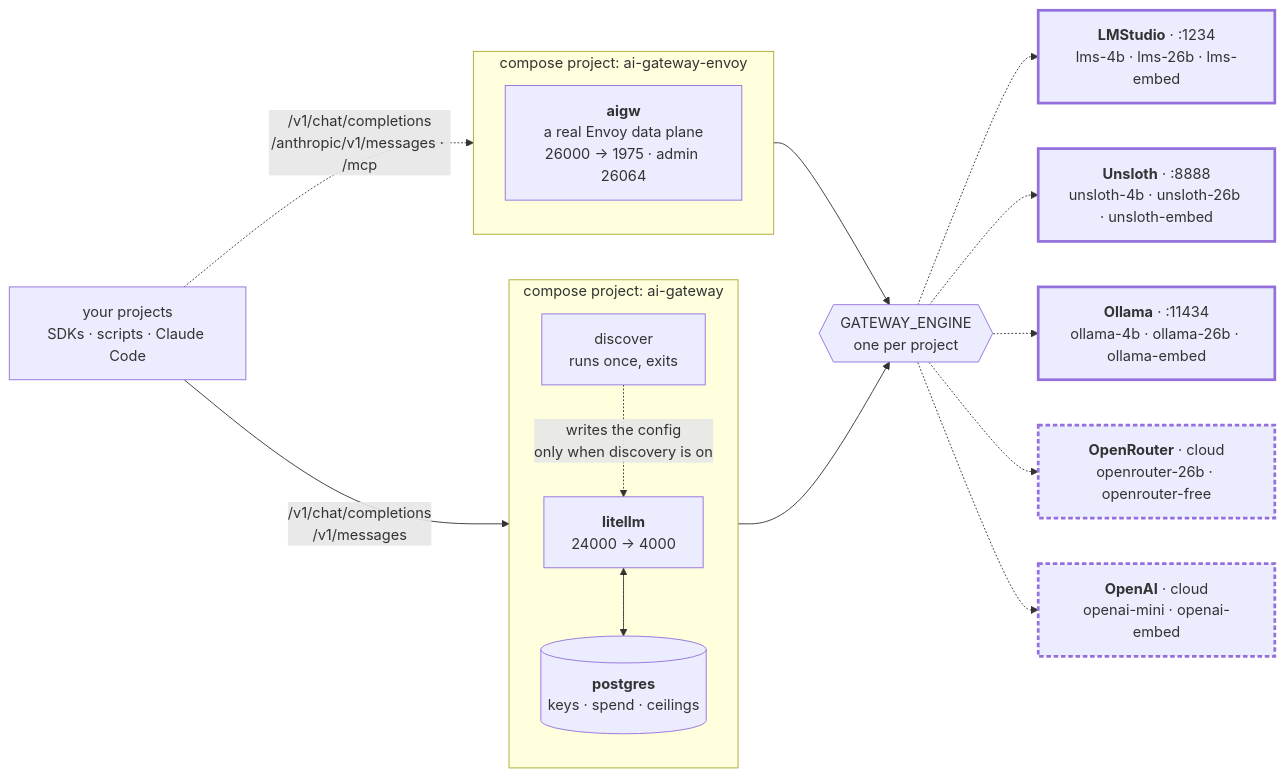
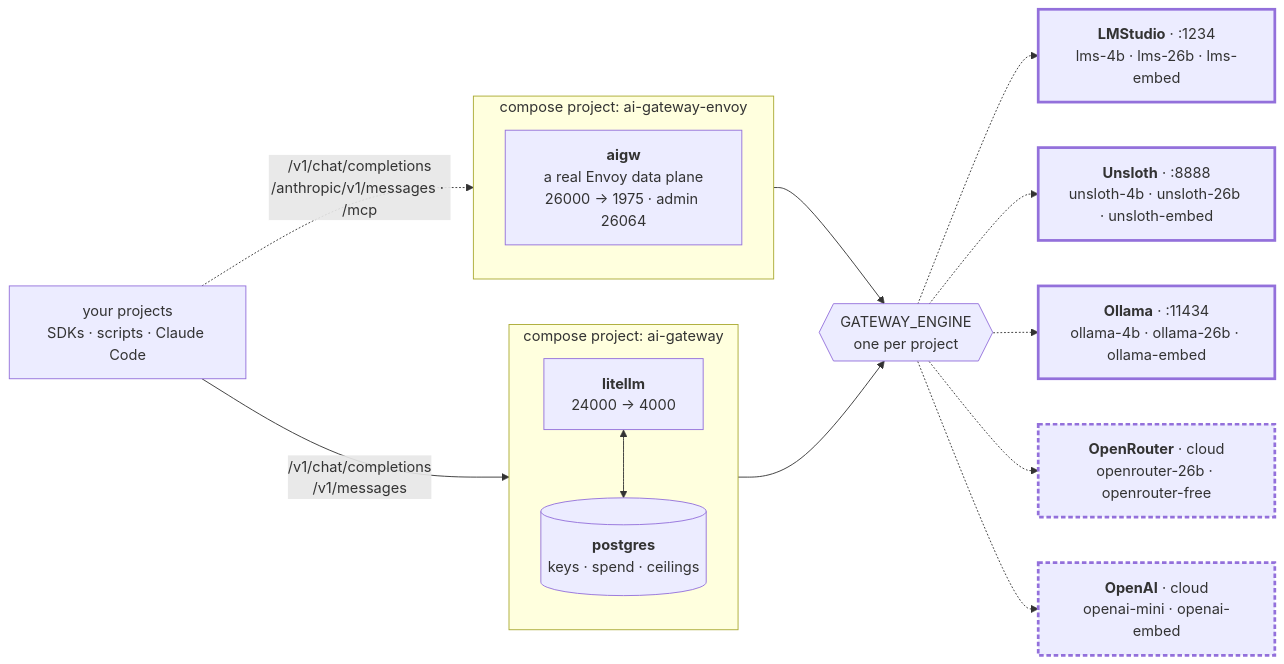
One commit to lukaskellerstein/ai-gateway changed the diagram in README.md. Above: the diagram before and after it, drawn with Mermaid. The commit also changed other lines of this file and 17 other files, not shown here.

Commit message:
Remove auto-discovery and add an all-engines config per gateway (#5)

````diff
--- a/README.md
+++ b/README.md
@@ -78,38 +80,36 @@
 ```mermaid
 flowchart LR
     callers["your projects<br/>SDKs · scripts · Claude Code"]
 
     subgraph p1["compose project: ai-gateway"]
         direction TB
         litellm["<b>litellm</b><br/>24000 → 4000"]
-        disc["discover<br/>runs once, exits"]
         pg1[("<b>postgres</b><br/>keys · spend · ceilings")]
         litellm <--> pg1
-        disc -.->|"writes the config<br/>only when discovery is on"| litellm
     end
 
     subgraph p2["compose project: ai-gateway-envoy"]
         direction TB
         env["<b>aigw</b><br/>a real Envoy data plane<br/>26000 → 1975 · admin 26064"]
     end
 
     engine{{"GATEWAY_ENGINE<br/>one per project"}}
 
     lms["<b>LMStudio</b> · :1234<br/>lms-4b · lms-26b · lms-embed"]
     uns["<b>Unsloth</b> · :8888<br/>unsloth-4b · unsloth-26b · unsloth-embed"]
     oll["<b>Ollama</b> · :11434<br/>ollama-4b · ollama-26b · ollama-embed"]
     orr["<b>OpenRouter</b> · cloud<br/>openrouter-26b · openrouter-free"]
     oai["<b>OpenAI</b> · cloud<br/>openai-mini · openai-embed"]
 
     callers -->|"/v1/chat/completions<br/>/v1/messages"| litellm
     callers -.->|"/v1/chat/completions<br/>/anthropic/v1/messages · /mcp"| env
     litellm --> engine
     env --> engine
     engine -.-> lms & uns & oll
     engine -.-> orr & oai
 
     classDef onhost stroke-width:3px
     classDef paid stroke-width:3px,stroke-dasharray: 5 3
     class lms,uns,oll onhost
     class orr,oai paid
 ```
````
